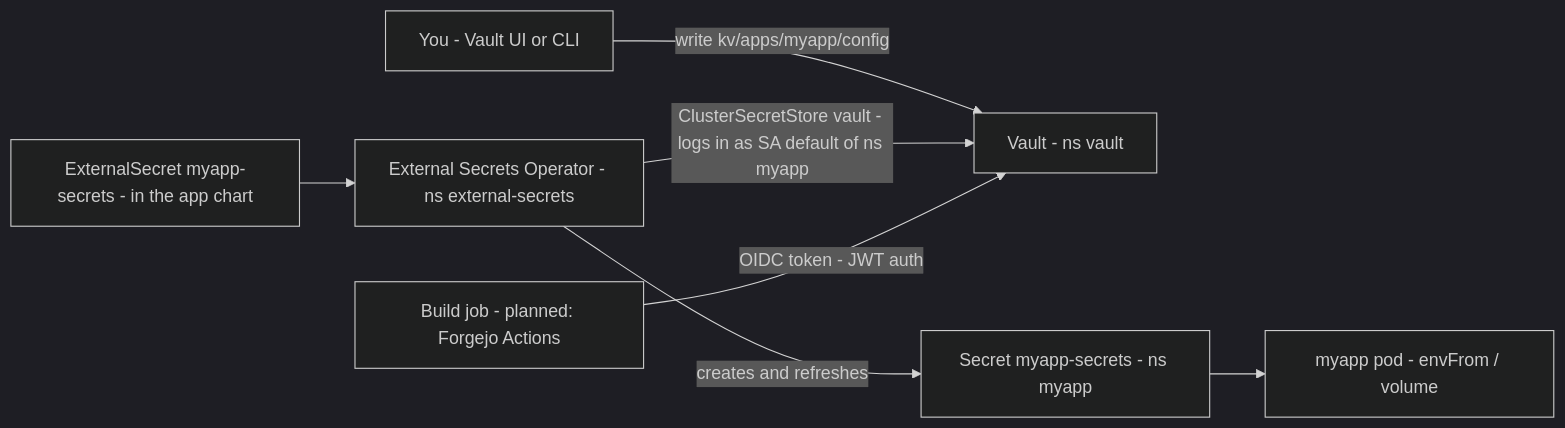
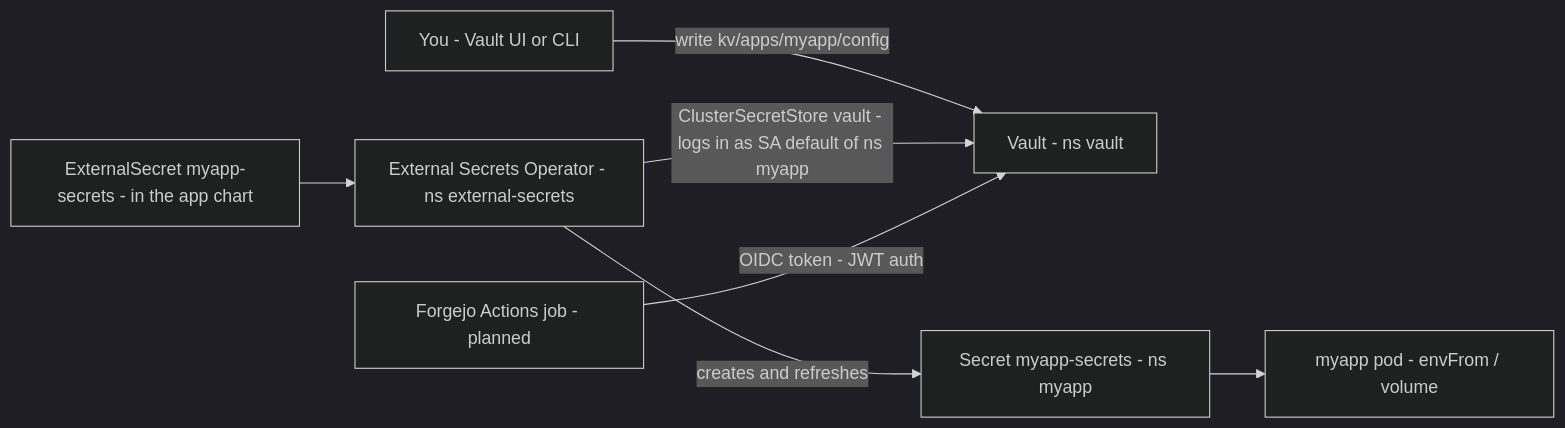
One commit to Elouel/homelab changed the first of 3 diagrams in docs/secrets.md. Above: the diagram before and after it, drawn with Mermaid (dark theme). The commit also changed other lines of this file and 16 other files, not shown here.

First line of the commit message:
apps: add forgejo with Forgejo Actions and a Docker-in-Docker runner

````diff
--- a/docs/secrets.md
+++ b/docs/secrets.md
@@ -7,9 +7,9 @@
 ```mermaid
 flowchart LR
   YOU["You - Vault UI or CLI"] -->|"write kv/apps/myapp/config"| V["Vault - ns vault"]
   ES["ExternalSecret myapp-secrets - in the app chart"] --> ESO["External Secrets Operator - ns external-secrets"]
   ESO -->|"ClusterSecretStore vault - logs in as SA default of ns myapp"| V
   ESO -->|"creates and refreshes"| S["Secret myapp-secrets - ns myapp"]
   S --> P["myapp pod - envFrom / volume"]
-  CI["Build job - planned: Forgejo Actions"] -->|"OIDC token - JWT auth"| V
+  CI["Forgejo Actions job - planned"] -->|"OIDC token - JWT auth"| V
 ```
````
